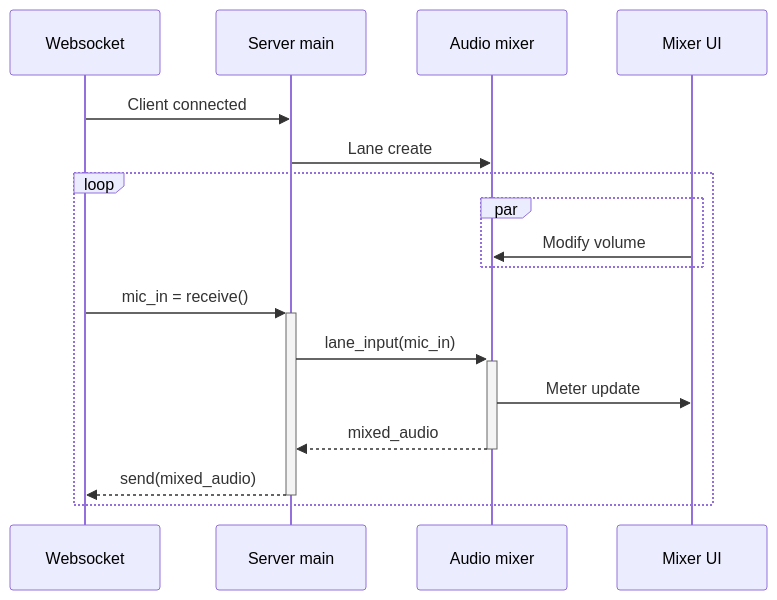
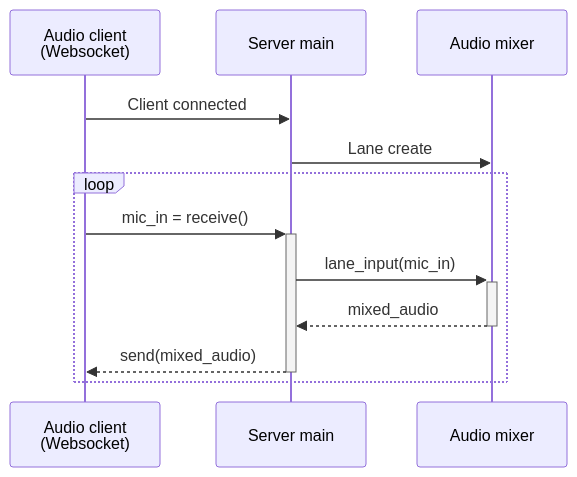
One commit to aKuad/web-intercom changed the first of 2 diagrams in designs/server-sequence.md. Above: the diagram before and after it, drawn with Mermaid. The commit also changed other lines of this file, not shown here.

Commit message:
Mod: Server sequence diagram update, mixer system modified to a client

````diff
--- a/designs/server-sequence.md
+++ b/designs/server-sequence.md
@@ -3,22 +5,16 @@
 ```mermaid
 sequenceDiagram
-  participant W as Websocket
+  participant WSA as Audio client<br>(Websocket)
   participant S as Server main
   participant AM as Audio mixer
-  participant MU as Mixer UI
 
-  W->>S: Client connected
+  WSA->>S: Client connected
   S->>AM: Lane create
 
   loop
-    par
-      MU ->> AM: Modify volume
-    end
-
-    W->>+S: mic_in = receive()
+    WSA->>+S: mic_in = receive()
     S->>+AM: lane_input(mic_in)
-    AM->>MU: Meter update
     AM-->>-S: mixed_audio
-    S-->>-W: send(mixed_audio)
+    S-->>-WSA: send(mixed_audio)
   end
 ```
````
